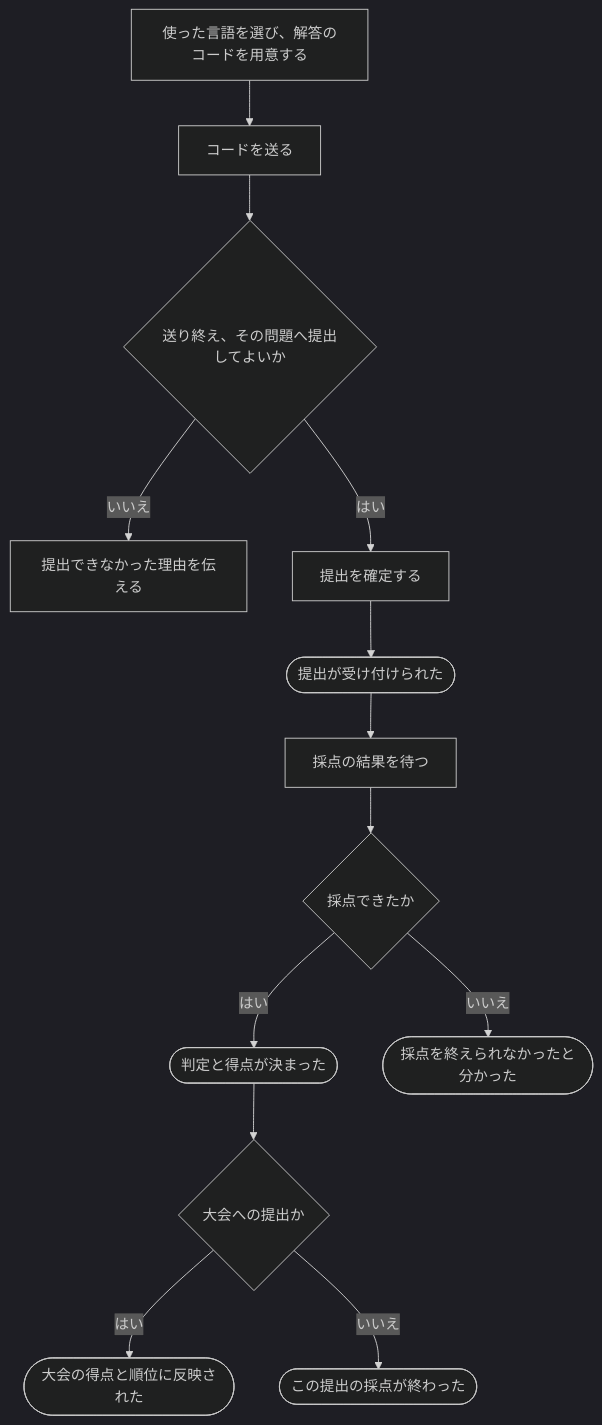
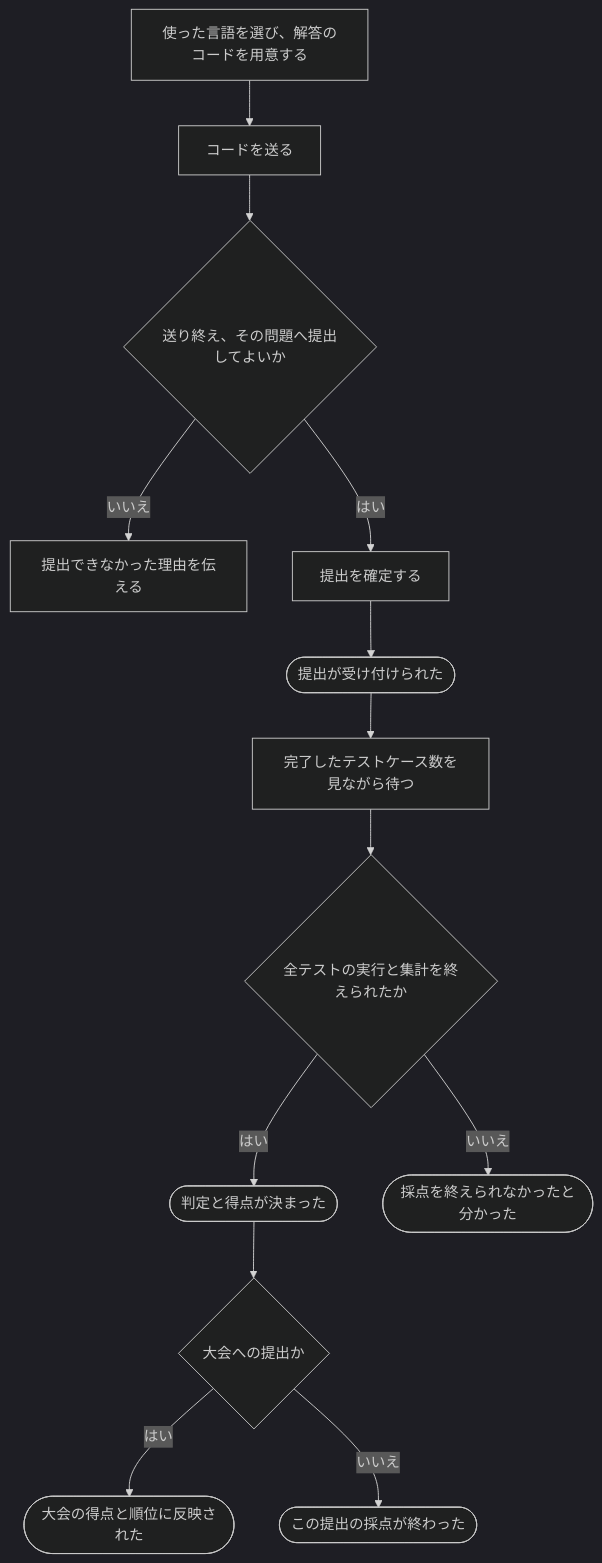
The diagram in docs/requirements/scenarios/submissions/submit-answer.md (traP-jp/traOJudge), drawn with Mermaid (dark theme) before and after one commit. The commit also changed other lines of this file and 58 other files, not shown here.

````diff
--- a/docs/requirements/scenarios/submissions/submit-answer.md
+++ b/docs/requirements/scenarios/submissions/submit-answer.md
@@ -15,15 +25,15 @@
 ```mermaid
 flowchart TD
     A["使った言語を選び、解答のコードを用意する"] --> B["コードを送る"]
     B --> C{"送り終え、その問題へ提出してよいか"}
     C -->|いいえ| D["提出できなかった理由を伝える"]
     C -->|はい| E["提出を確定する"]
     E --> F(["提出が受け付けられた"])
-    F --> G["採点の結果を待つ"]
-    G --> H{"採点できたか"}
+    F --> G["完了したテストケース数を見ながら待つ"]
+    G --> H{"全テストの実行と集計を終えられたか"}
     H -->|はい| I(["判定と得点が決まった"])
     H -->|いいえ| J(["採点を終えられなかったと分かった"])
     I --> K{"大会への提出か"}
     K -->|はい| L(["大会の得点と順位に反映された"])
     K -->|いいえ| M(["この提出の採点が終わった"])
 ```
````
